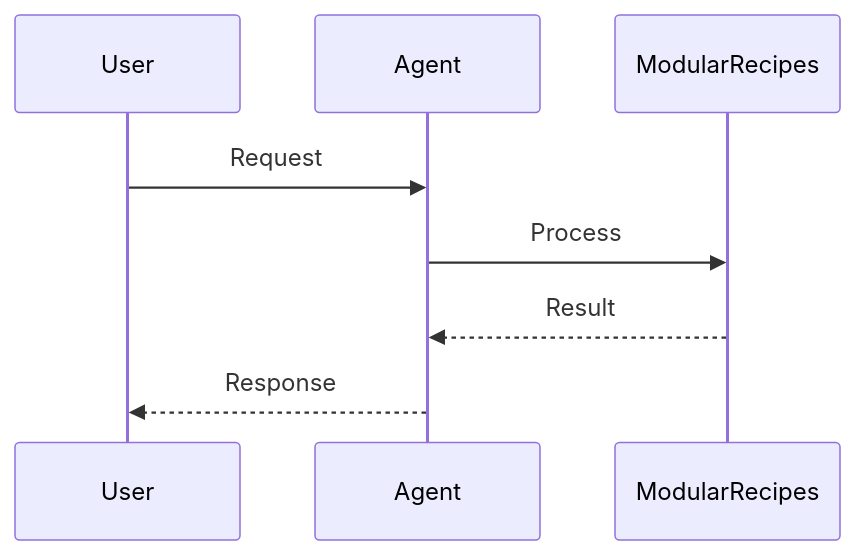
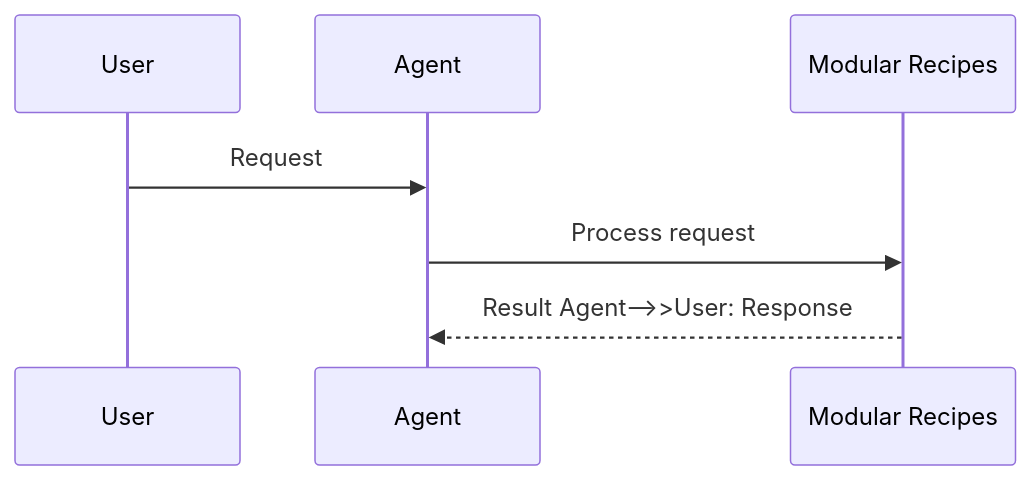
The second of 2 diagrams in docs/features/modular-recipes.mdx (MervinPraison/PraisonAIDocs), drawn with Mermaid before and after one commit. The commit also changed 204 other files, not shown here.

First line of the commit message:
docs: align feature/tool pages with AGENTS.md hero + sequence + import standards (fixes #1775)

````diff
--- a/docs/features/modular-recipes.mdx
+++ b/docs/features/modular-recipes.mdx
@@ -36,11 +36,10 @@
 ```mermaid
 sequenceDiagram
     participant User
     participant Agent
-    participant ModularRecipes
+    participant Feature as Modular Recipes
 
     User->>Agent: Request
-    Agent->>ModularRecipes: Process
-    ModularRecipes-->>Agent: Result
-    Agent-->>User: Response
+    Agent->>Feature: Process request
+    Feature-->>Agent: Result    Agent-->>User: Response
 ```
````
